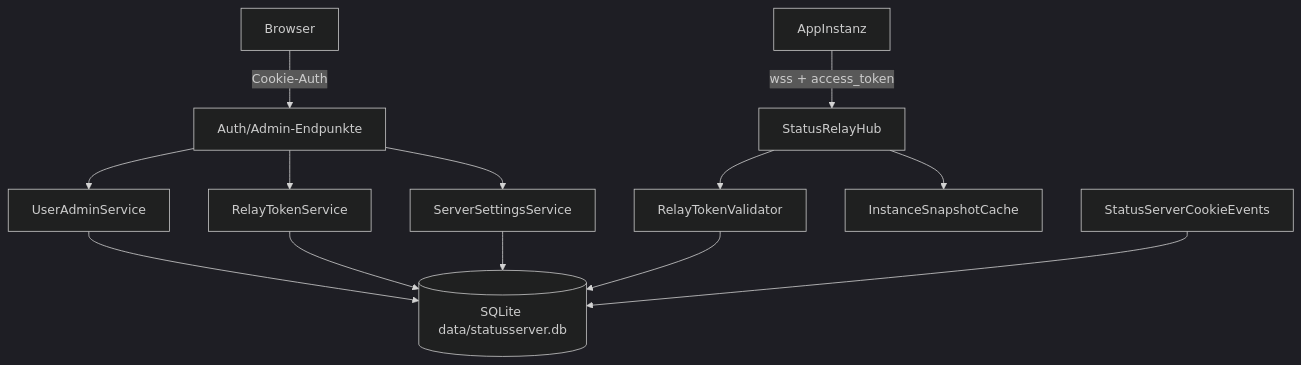
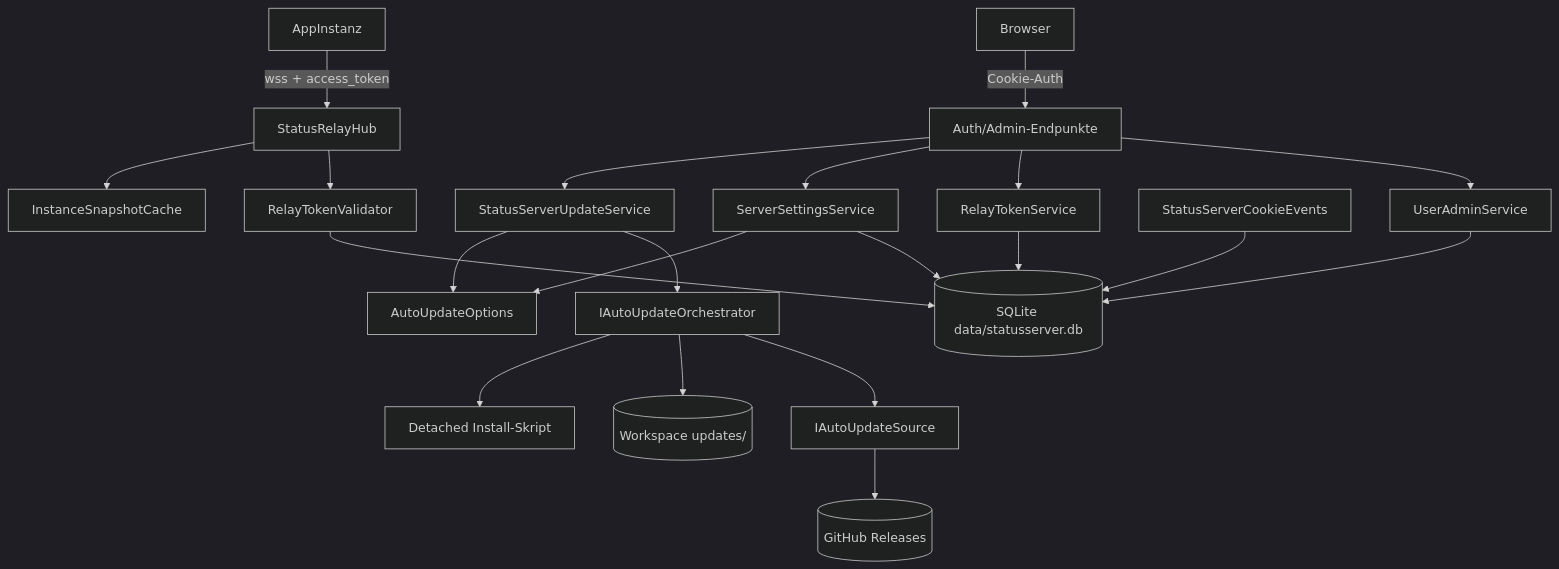
The diagram in docs/help/status-webseite/architektur.md (martin-stromberg/Softwareschmiede), drawn with Mermaid (dark theme) before and after one commit. The commit also changed other lines of this file and 69 other files, not shown here.

First line of the commit message:
feat: Automatisierte StatusServer-Updates über msTools.Updater

````diff
--- a/docs/help/status-webseite/architektur.md
+++ b/docs/help/status-webseite/architektur.md
@@ -50,15 +71,23 @@
 ```mermaid
 graph TD
     Browser -->|Cookie-Auth| EP[Auth/Admin-Endpunkte]
     EP --> UAS[UserAdminService]
     EP --> RTS[RelayTokenService]
     EP --> SSS[ServerSettingsService]
     UAS --> DB[(SQLite data/statusserver.db)]
     RTS --> DB
     SSS --> DB
     AppInstanz -->|wss + access_token| Hub[StatusRelayHub]
     Hub --> RTV[RelayTokenValidator]
     RTV --> DB
     Hub --> Cache[InstanceSnapshotCache]
     CE[StatusServerCookieEvents] --> DB
+    EP --> SUS[StatusServerUpdateService]
+    SUS --> ORCH[IAutoUpdateOrchestrator]
+    ORCH --> SRC[IAutoUpdateSource]
+    SRC --> GH[(GitHub Releases)]
+    ORCH --> WS[(Workspace updates/)]
+    ORCH --> SK[Detached Install-Skript]
+    SUS --> OPT[AutoUpdateOptions]
+    SSS --> OPT
 ```
````
